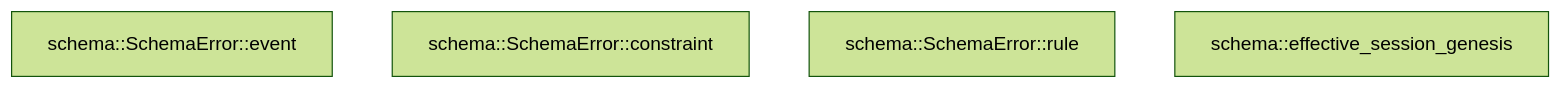
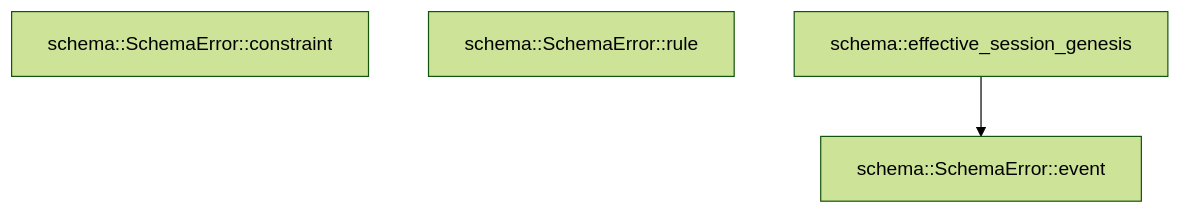
Before and after one commit to TekesApps/TekesKernel: the diagram in crates/schema/docs/generated/src--lib.md, drawn with Mermaid (forest theme). The commit also changed other lines of this file and 278 other files, not shown here.

````diff
--- a/crates/schema/docs/generated/src--lib.md
+++ b/crates/schema/docs/generated/src--lib.md
@@ -58,7 +63,8 @@
 ```mermaid
 flowchart TD
   n0["schema::SchemaError::event"]
   n1["schema::SchemaError::constraint"]
   n2["schema::SchemaError::rule"]
   n3["schema::effective_session_genesis"]
+  n3 --> n0
 ```
````
